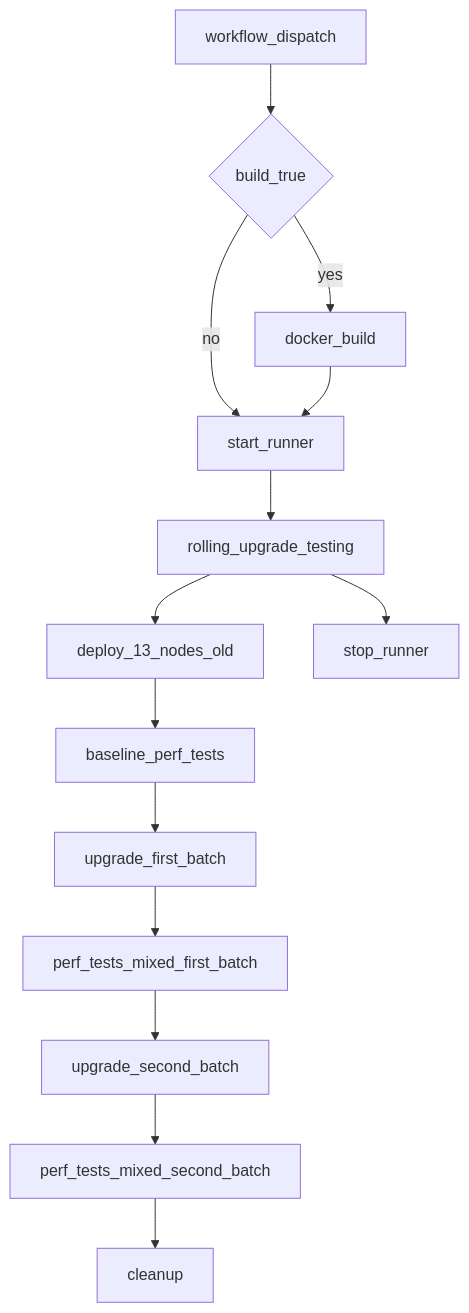
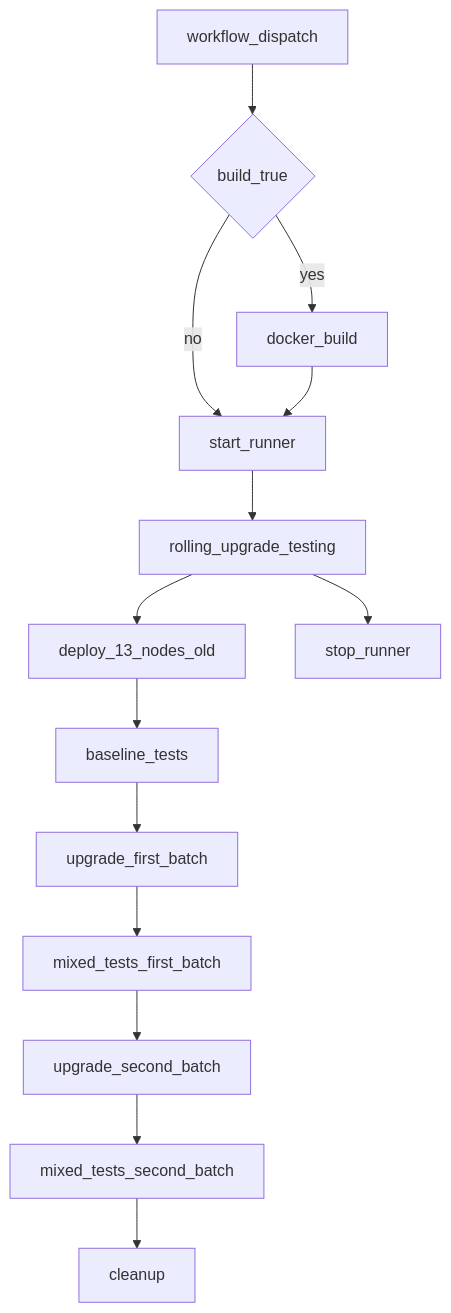
One commit to zama-ai/kms changed the second of 2 diagrams in .github/workflows/README.md. Above: the diagram before and after it, drawn with Mermaid. The commit also changed 2 other files, not shown here.

Commit message:
docs: clarify rolling-upgrade test steps and keygen failure
The workflow header called Steps 4 and 6 the "Argo rolling-upgrade
workflow", but the default decrypt profile runs
decrypt-test-during-upgrades.yaml. It also said the core-client moves
to the new tag, which is true for the Helm release's core-client only;
the Argo tests use the harness core-client. Say both, also in the
Step 3 log line.

When insecure-preproc-key-gen failed, the baseline keygen still ran
insecure-key-gen with an empty -i, so the visible error was the missing
argument. Report the preprocessing failure and skip the keygen instead.

Rename the perf nodes of the workflows README diagram to tests, like
its text.

````diff
--- a/.github/workflows/README.md
+++ b/.github/workflows/README.md
@@ -354,16 +354,16 @@
 ```mermaid
 graph TD
     dispatch[workflow_dispatch] --> buildChoice{build_true}
     buildChoice -->|yes| dockerBuild[docker_build]
     buildChoice -->|no| startRunner[start_runner]
     dockerBuild --> startRunner
     startRunner --> mainJob[rolling_upgrade_testing]
     mainJob --> step1[deploy_13_nodes_old]
-    step1 --> step2[baseline_perf_tests]
+    step1 --> step2[baseline_tests]
     step2 --> step3[upgrade_first_batch]
-    step3 --> step4[perf_tests_mixed_first_batch]
+    step3 --> step4[mixed_tests_first_batch]
     step4 --> step5[upgrade_second_batch]
-    step5 --> step6[perf_tests_mixed_second_batch]
+    step5 --> step6[mixed_tests_second_batch]
     step6 --> cleanup[cleanup]
     mainJob --> stopRunner[stop_runner]
 ```
````
